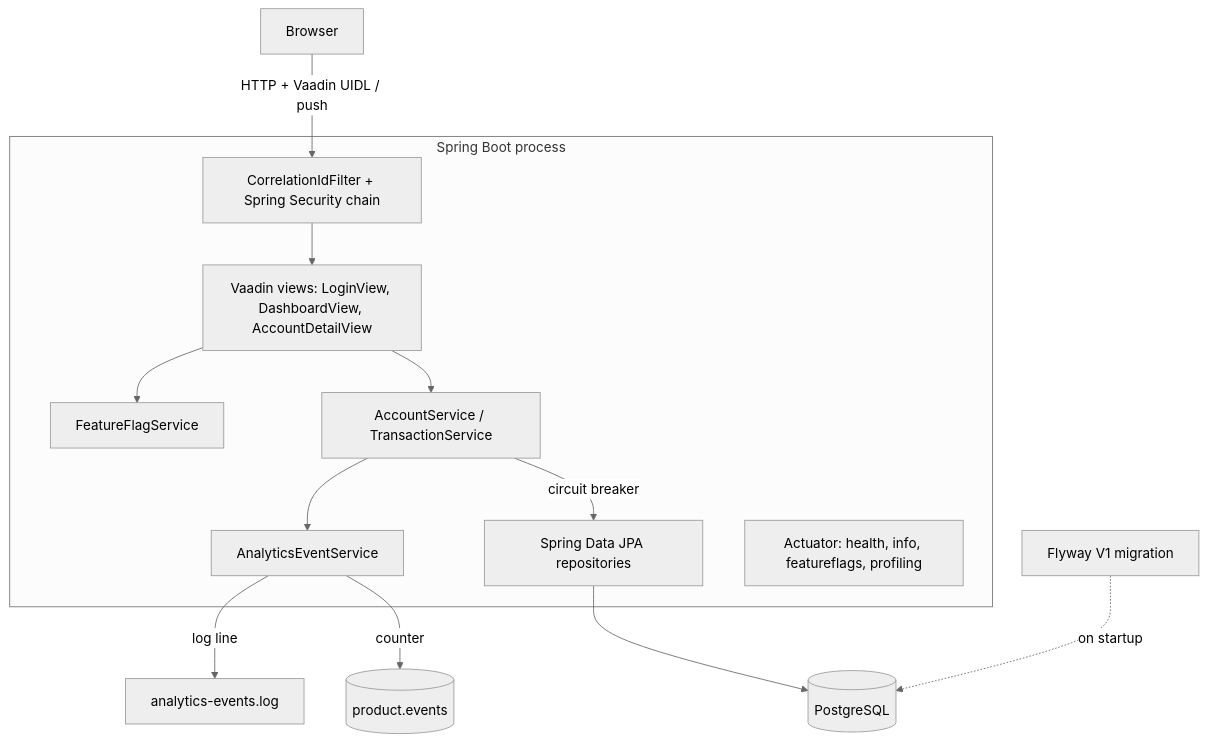
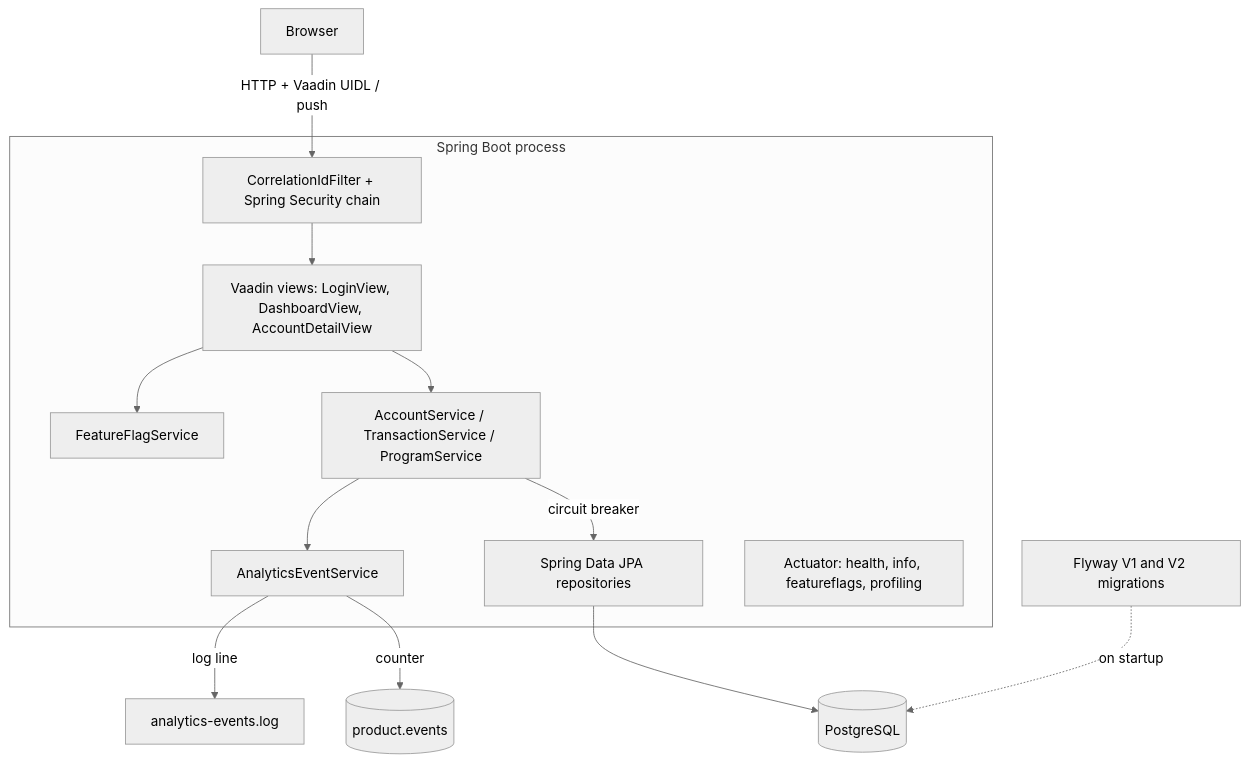
One commit to factory-aj-pahl/mockingbird-bank changed the first of 4 diagrams in droid-wiki/overview/architecture.md. Above: the diagram before and after it, drawn with Mermaid (neutral theme). The commit also changed other lines of this file and 78 other files, not shown here.

````diff
--- a/droid-wiki/overview/architecture.md
+++ b/droid-wiki/overview/architecture.md
@@ -7,16 +7,16 @@
 ```mermaid
 graph TD
     Browser -->|HTTP + Vaadin UIDL / push| Filters
     subgraph JVM[Spring Boot process]
         Filters[CorrelationIdFilter + Spring Security chain] --> Views
         Views[Vaadin views: LoginView, DashboardView, AccountDetailView] --> Services
         Views --> Flags[FeatureFlagService]
-        Services[AccountService / TransactionService] -->|circuit breaker| Repos[Spring Data JPA repositories]
+        Services[AccountService / TransactionService / ProgramService] -->|circuit breaker| Repos[Spring Data JPA repositories]
         Services --> Analytics[AnalyticsEventService]
         Actuator[Actuator: health, info, featureflags, profiling]
     end
     Repos --> DB[(PostgreSQL)]
-    Flyway[Flyway V1 migration] -.->|on startup| DB
+    Flyway[Flyway V1 and V2 migrations] -.->|on startup| DB
     Analytics -->|counter| Micrometer[(product.events)]
     Analytics -->|log line| EventLog[analytics-events.log]
 ```
````
